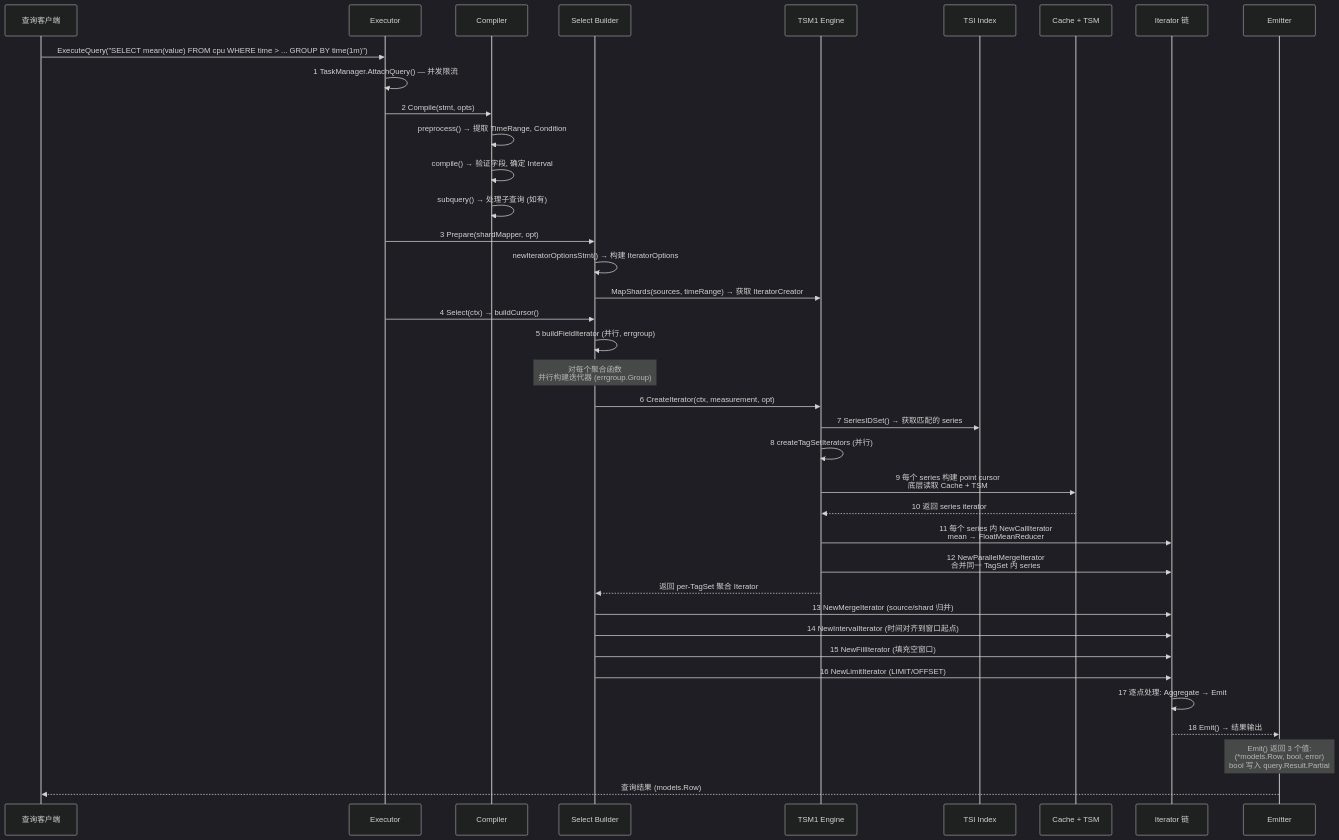
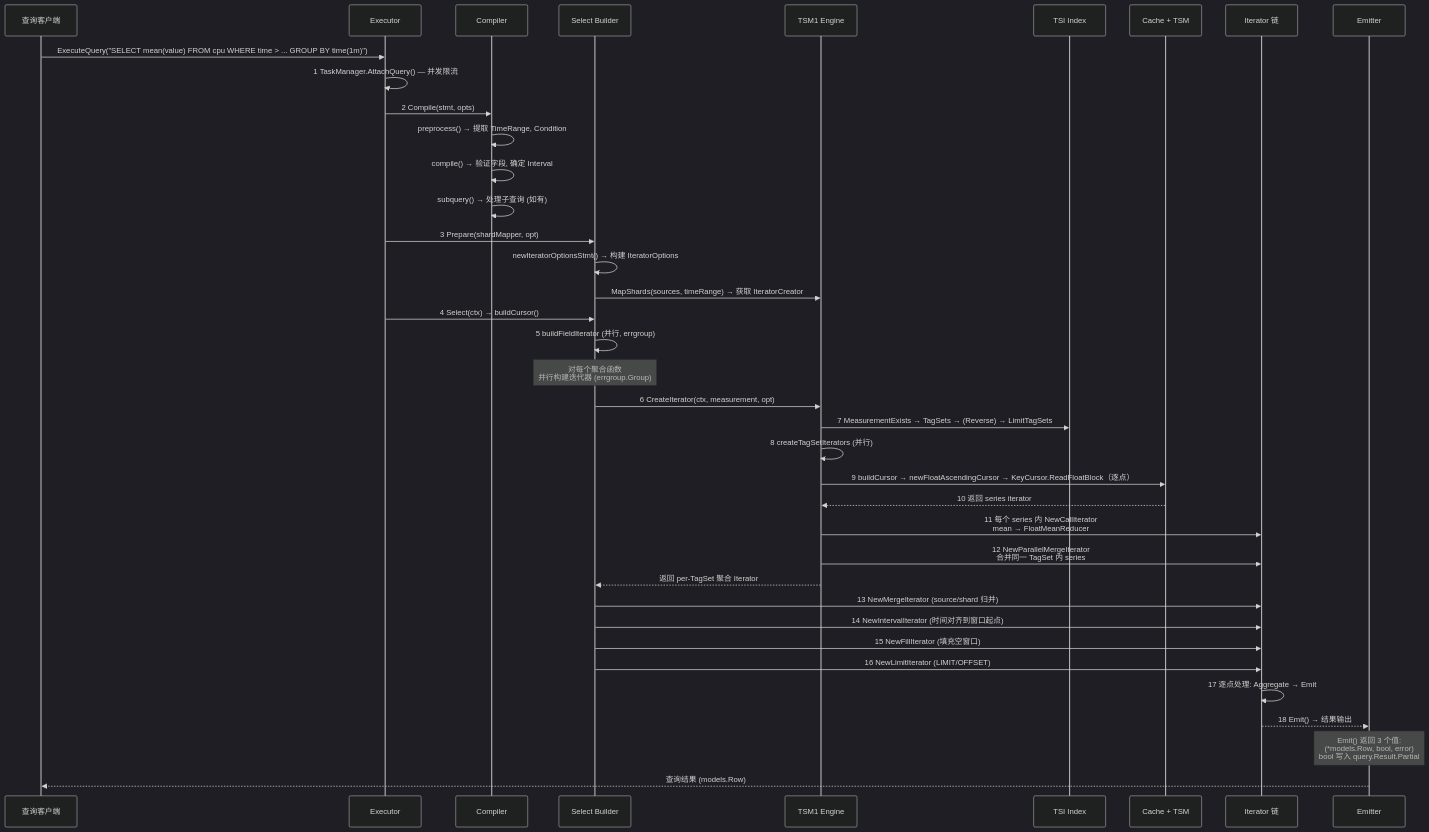
Before and after one commit to stefanv5/influxdb: the first of 24 diagrams in docs/specs/03_query_engine_spec.md, drawn with Mermaid (dark theme). The commit also changed other lines of this file and 16 other files, not shown here.

First line of the commit message:
docs: correct and deepen the 17 architecture specs

````diff
--- a/docs/specs/03_query_engine_spec.md
+++ b/docs/specs/03_query_engine_spec.md
@@ -20,51 +20,51 @@
 ```mermaid
 sequenceDiagram
     participant Client as 查询客户端
     participant Executor as Executor
     participant Compiler as Compiler
     participant Select as Select Builder
     participant Engine as TSM1 Engine
     participant Index as TSI Index
     participant Storage as Cache + TSM
     participant Iterator as Iterator 链
     participant Emitter as Emitter
 
     Client->>Executor: ExecuteQuery("SELECT mean(value) FROM cpu WHERE time > ... GROUP BY time(1m)")
 
     Executor->>Executor: 1 TaskManager.AttachQuery() — 并发限流
 
     Executor->>Compiler: 2 Compile(stmt, opts)
     Compiler->>Compiler: preprocess() → 提取 TimeRange, Condition
     Compiler->>Compiler: compile() → 验证字段, 确定 Interval
     Compiler->>Compiler: subquery() → 处理子查询 (如有)
 
     Executor->>Select: 3 Prepare(shardMapper, opt)
     Select->>Select: newIteratorOptionsStmt() → 构建 IteratorOptions
     Select->>Engine: MapShards(sources, timeRange) → 获取 IteratorCreator
 
     Executor->>Select: 4 Select(ctx) → buildCursor()
 
     Select->>Select: 5 buildFieldIterator (并行, errgroup)
     Note over Select: 对每个聚合函数<br>并行构建迭代器 (errgroup.Group)
 
     Select->>Engine: 6 CreateIterator(ctx, measurement, opt)
-    Engine->>Index: 7 SeriesIDSet() → 获取匹配的 series
+    Engine->>Index: 7 MeasurementExists → TagSets → (Reverse) → LimitTagSets
     Engine->>Engine: 8 createTagSetIterators (并行)
-    Engine->>Storage: 9 每个 series 构建 point cursor<br/>底层读取 Cache + TSM
+    Engine->>Storage: 9 buildCursor → newFloatAscendingCursor → KeyCursor.ReadFloatBlock（逐点）
     Storage-->>Engine: 10 返回 series iterator
     Engine->>Iterator: 11 每个 series 内 NewCallIterator<br/>mean → FloatMeanReducer
     Engine->>Iterator: 12 NewParallelMergeIterator<br/>合并同一 TagSet 内 series
 
     Engine-->>Select: 返回 per-TagSet 聚合 Iterator
 
     Select->>Iterator: 13 NewMergeIterator (source/shard 归并)
     Select->>Iterator: 14 NewIntervalIterator (时间对齐到窗口起点)
     Select->>Iterator: 15 NewFillIterator (填充空窗口)
     Select->>Iterator: 16 NewLimitIterator (LIMIT/OFFSET)
 
     Iterator->>Iterator: 17 逐点处理: Aggregate → Emit
 
     Iterator-->>Emitter: 18 Emit() → 结果输出
     Note over Emitter: Emit() 返回 3 个值:<br>(*models.Row, bool, error)<br>bool 写入 query.Result.Partial
     Emitter-->>Client: 查询结果 (models.Row)
 ```
````
